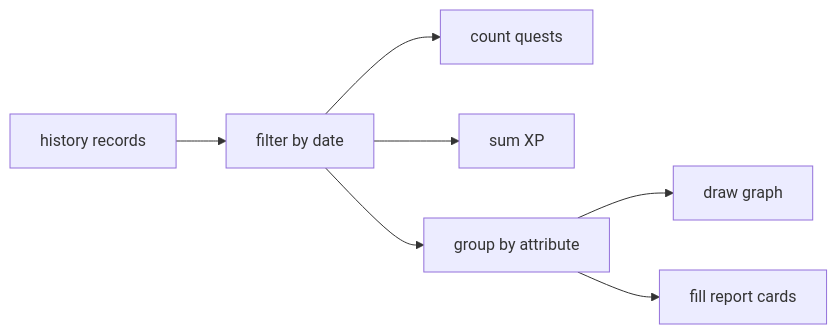
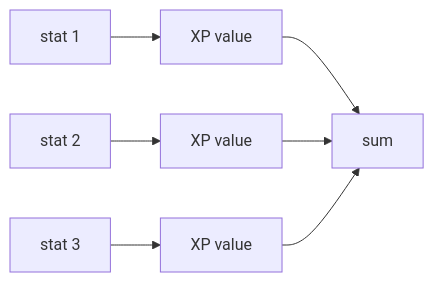
One commit to nimbold/LifeXP changed diagram 12 of 30 in docs/beginner-guide/02-intermediate.md. Above: the diagram before and after it, drawn with Mermaid. The commit also changed other lines of this file, not shown here.

````diff
--- a/docs/beginner-guide/02-intermediate.md
+++ b/docs/beginner-guide/02-intermediate.md
@@ -239,9 +670,9 @@
 ```mermaid
 flowchart LR
-    A["history records"] --> B["filter by date"]
-    B --> C["count quests"]
-    B --> D["sum XP"]
-    B --> E["group by attribute"]
-    E --> F["draw graph"]
-    E --> G["fill report cards"]
+    A["stat 1"] --> B["XP value"]
+    C["stat 2"] --> D["XP value"]
+    E["stat 3"] --> F["XP value"]
+    B --> G["sum"]
+    D --> G
+    F --> G
 ```
````
